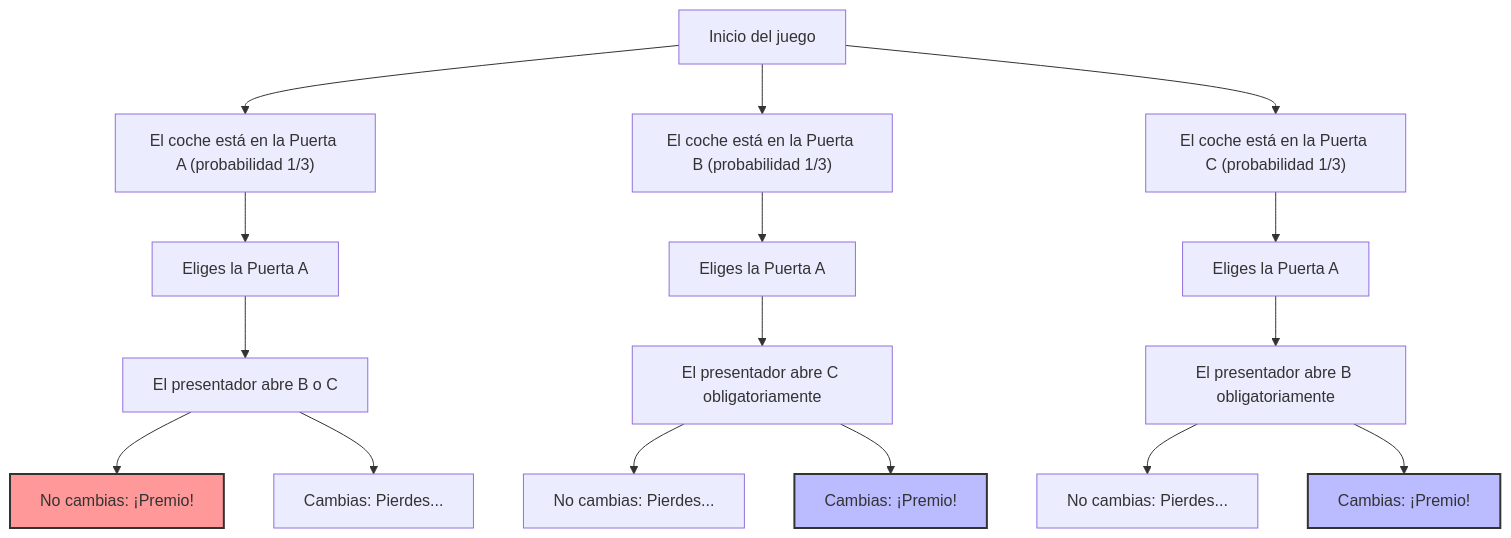
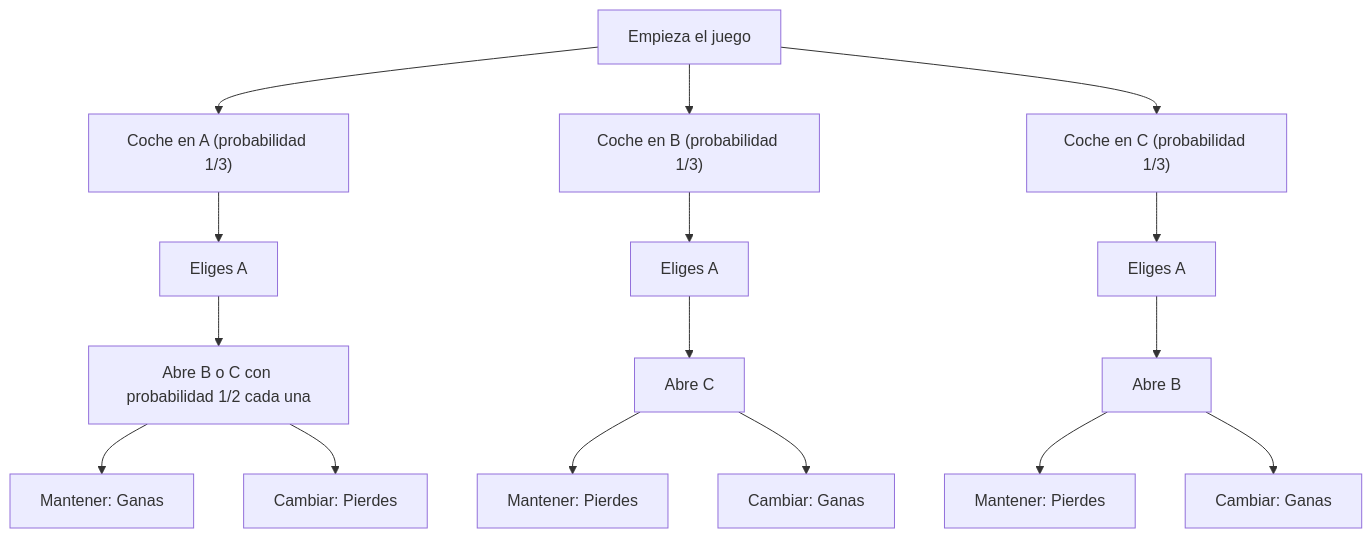
The first of 2 diagrams in content/post/モンティ・ホール問題/index.es.md (kenjinote/blog), drawn with Mermaid before and after one commit. The commit also changed other lines of this file and 8 other files, not shown here.

````diff
--- a/content/post/モンティ・ホール問題/index.es.md
+++ b/content/post/モンティ・ホール問題/index.es.md
@@ -44,27 +52,18 @@
 ```mermaid
 graph TD
-    Start["Inicio del juego"] --> CarA["El coche está en la Puerta A (probabilidad 1/3)"]
-    Start --> CarB["El coche está en la Puerta B (probabilidad 1/3)"]
-    Start --> CarC["El coche está en la Puerta C (probabilidad 1/3)"]
-
-    CarA --> PickA1["Eliges la Puerta A"]
-    CarB --> PickA2["Eliges la Puerta A"]
-    CarC --> PickA3["Eliges la Puerta A"]
-
-    PickA1 --> HostB_or_C["El presentador abre B o C"]
-    PickA2 --> HostC["El presentador abre C obligatoriamente"]
-    PickA3 --> HostB["El presentador abre B obligatoriamente"]
-
-    HostB_or_C --> Stay1["No cambias: ¡Premio!"]
-    HostB_or_C --> Switch1["Cambias: Pierdes..."]
-
-    HostC --> Stay2["No cambias: Pierdes..."]
-    HostC --> Switch2["Cambias: ¡Premio!"]
-
-    HostB --> Stay3["No cambias: Pierdes..."]
-    HostB --> Switch3["Cambias: ¡Premio!"]
-
-    style Switch2 fill:#bbf,stroke:#333,stroke-width:2px
-    style Switch3 fill:#bbf,stroke:#333,stroke-width:2px
-    style Stay1 fill:#f99,stroke:#333,stroke-width:2px
+    Start["Empieza el juego"] --> CarA["Coche en A (probabilidad 1/3)"]
+    Start --> CarB["Coche en B (probabilidad 1/3)"]
+    Start --> CarC["Coche en C (probabilidad 1/3)"]
+    CarA --> PickA1["Eliges A"]
+    CarB --> PickA2["Eliges A"]
+    CarC --> PickA3["Eliges A"]
+    PickA1 --> HostB_or_C["Abre B o C con probabilidad 1/2 cada una"]
+    PickA2 --> HostC["Abre C"]
+    PickA3 --> HostB["Abre B"]
+    HostB_or_C --> Stay1["Mantener: Ganas"]
+    HostB_or_C --> Switch1["Cambiar: Pierdes"]
+    HostC --> Stay2["Mantener: Pierdes"]
+    HostC --> Switch2["Cambiar: Ganas"]
+    HostB --> Stay3["Mantener: Pierdes"]
+    HostB --> Switch3["Cambiar: Ganas"]
 ```
````
